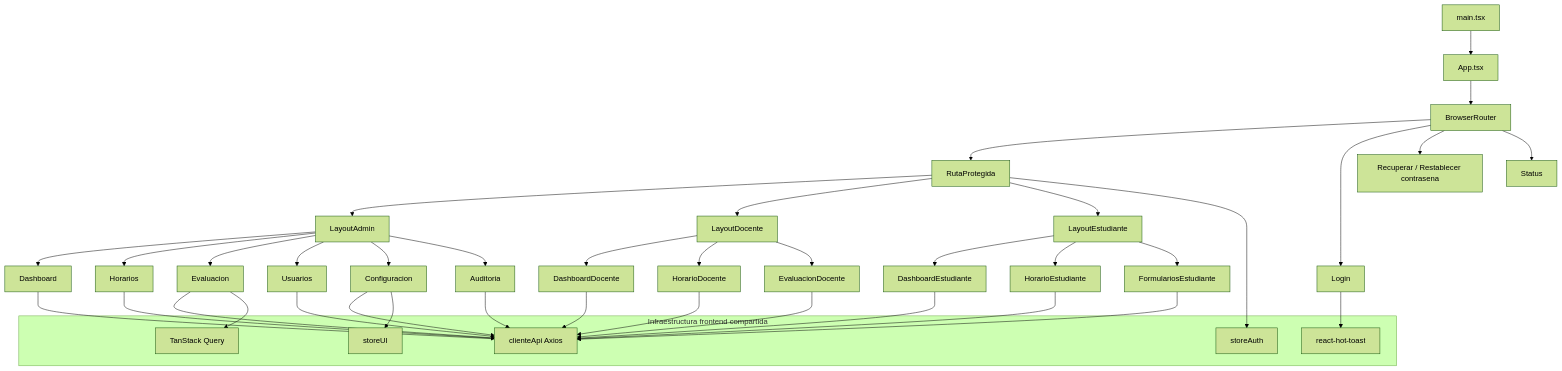
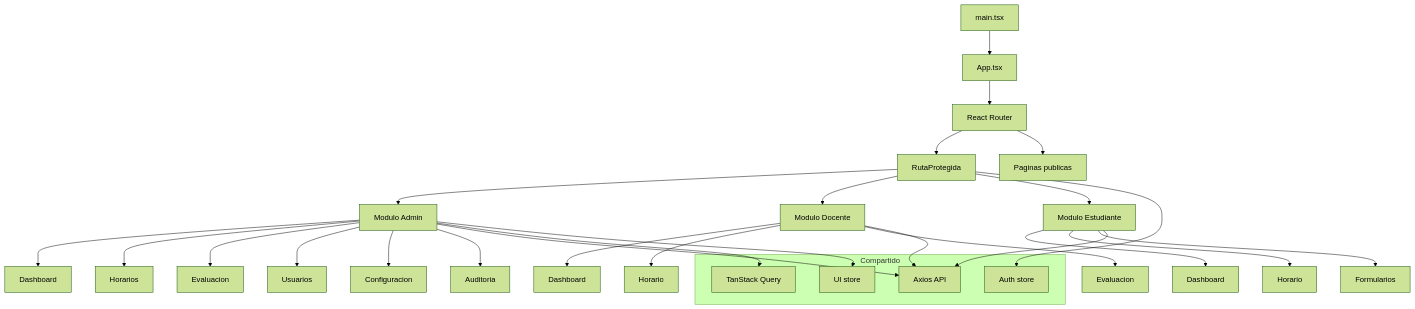
One commit to Proyecto-grado-ucc/proyectoGrado-server changed the diagram in docs/diagramas/13_componentes_frontend.mmd. Above: the diagram before and after it, drawn with Mermaid (forest theme). The commit also changed 26 other files, not shown here.

Commit message:
docs: improve diagram readability

```diff
--- a/docs/diagramas/13_componentes_frontend.mmd
+++ b/docs/diagramas/13_componentes_frontend.mmd
@@ -1,51 +1,38 @@
 flowchart TD
-  A[main.tsx] --> B[App.tsx]
-  B --> C[BrowserRouter]
-  C --> D[RutaProtegida]
-  C --> L[Login]
-  C --> R[Recuperar / Restablecer contrasena]
-  C --> S[Status]
+  A["main.tsx"] --> B["App.tsx"]
+  B --> C["React Router"]
+  C --> D["RutaProtegida"]
+  C --> P["Paginas publicas"]
 
-  D --> Admin[LayoutAdmin]
-  D --> Doc[LayoutDocente]
-  D --> Est[LayoutEstudiante]
+  D --> Admin["Modulo Admin"]
+  D --> Doc["Modulo Docente"]
+  D --> Est["Modulo Estudiante"]
 
-  Admin --> AD1[Dashboard]
-  Admin --> AD2[Horarios]
-  Admin --> AD3[Evaluacion]
-  Admin --> AD4[Usuarios]
-  Admin --> AD5[Configuracion]
-  Admin --> AD6[Auditoria]
+  Admin --> A1["Dashboard"]
+  Admin --> A2["Horarios"]
+  Admin --> A3["Evaluacion"]
+  Admin --> A4["Usuarios"]
+  Admin --> A5["Configuracion"]
+  Admin --> A6["Auditoria"]
 
-  Doc --> DC1[DashboardDocente]
-  Doc --> DC2[HorarioDocente]
-  Doc --> DC3[EvaluacionDocente]
+  Doc --> D1["Dashboard"]
+  Doc --> D2["Horario"]
+  Doc --> D3["Evaluacion"]
 
-  Est --> ES1[DashboardEstudiante]
-  Est --> ES2[HorarioEstudiante]
-  Est --> ES3[FormulariosEstudiante]
+  Est --> E1["Dashboard"]
+  Est --> E2["Horario"]
+  Est --> E3["Formularios"]
 
-  subgraph Compartido[Infraestructura frontend compartida]
-    API[clienteApi Axios]
-    Auth[storeAuth]
-    UI[storeUI]
-    Query[TanStack Query]
-    Toast[react-hot-toast]
+  subgraph Shared["Compartido"]
+    API["Axios API"]
+    Auth["Auth store"]
+    UI["UI store"]
+    Query["TanStack Query"]
   end
 
-  AD1 --> API
-  AD2 --> API
-  AD3 --> API
-  AD4 --> API
-  AD5 --> API
-  AD6 --> API
-  DC1 --> API
-  DC2 --> API
-  DC3 --> API
-  ES1 --> API
-  ES2 --> API
-  ES3 --> API
+  Admin --> API
+  Doc --> API
+  Est --> API
   D --> Auth
-  AD3 --> Query
-  AD5 --> UI
-  L --> Toast
+  Admin --> Query
+  Admin --> UI
```
